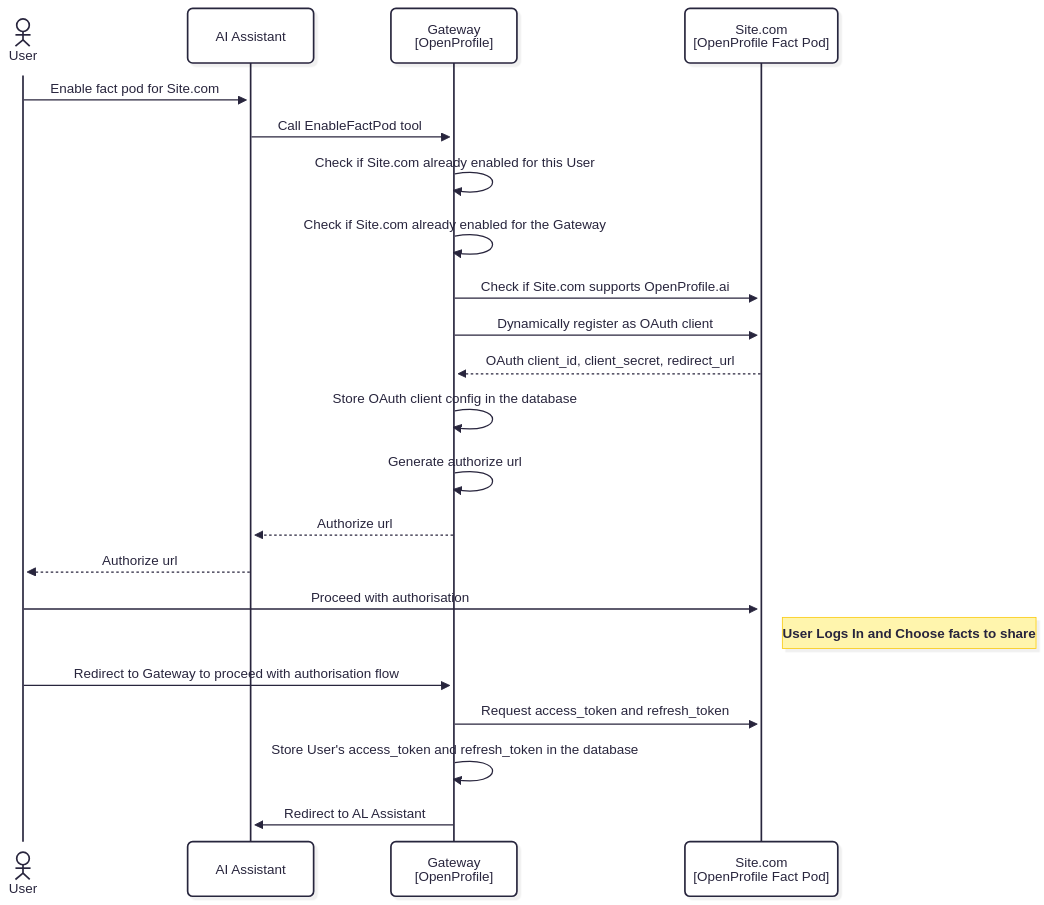
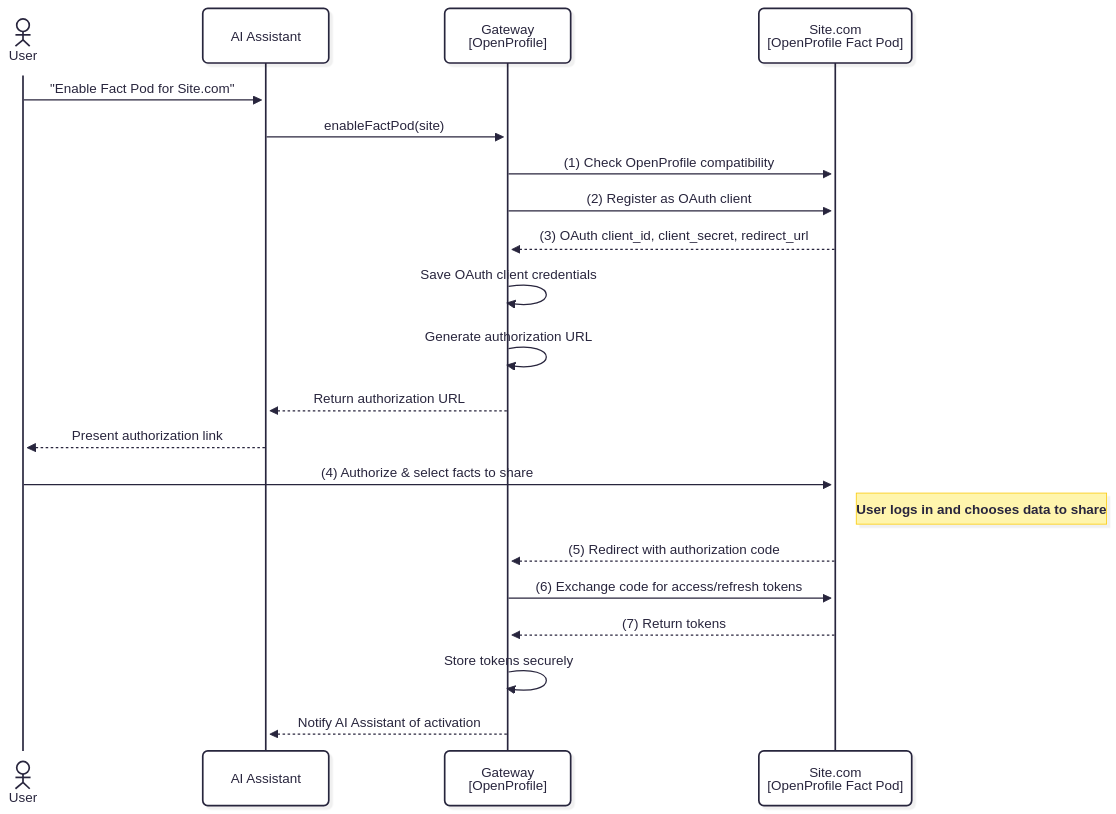
One commit to openprofile-ai/openprofile changed the diagram in assets/mermaid/enable-fact-pod-flow.mermaid. Above: the diagram before and after it, drawn with Mermaid. The commit also changed 6 other files, not shown here.

Commit message:
Added get facts flow;

```diff
--- a/assets/mermaid/enable-fact-pod-flow.mermaid
+++ b/assets/mermaid/enable-fact-pod-flow.mermaid
@@ -1,31 +1,41 @@
 ---
 config:
   look: neo
   theme: redux
 ---
 
 sequenceDiagram
     actor User
     participant LLM as AI Assistant
     participant Gateway as Gateway<br>[OpenProfile]
-    participant Site.com as Site.com<br>[OpenProfile Fact Pod]
+    participant FactPod as Site.com<br>[OpenProfile Fact Pod]
 
-    User->>LLM: Enable fact pod for Site.com
-    LLM->>Gateway: Call EnableFactPod tool
-    Gateway->>Gateway: Check if Site.com already enabled for this User
-    Gateway->>Gateway: Check if Site.com already enabled for the Gateway
-    Gateway->>Site.com: Check if Site.com supports OpenProfile.ai
-    Gateway->>Site.com: Dynamically register as OAuth client
-    Site.com-->>Gateway: OAuth client_id, client_secret, redirect_url
-    Gateway->>Gateway: Store OAuth client config in the database
-    Gateway->>Gateway: Generate authorize url
-    Gateway-->>LLM: Authorize url
-    LLM-->>User: Authorize url
-    User->>Site.com: Proceed with authorisation
+%% Step 1 — User requests enabling
+    User->>LLM: "Enable Fact Pod for Site.com"
 
-    Note right of Site.com: User Logs In and Choose facts to share
+%% Step 2 — LLM triggers enable process
+    LLM->>Gateway: enableFactPod(site)
 
-    User->>Gateway: Redirect to Gateway to proceed with authorisation flow
-    Gateway->>Site.com: Request access_token and refresh_token
-    Gateway->>Gateway: Store User's access_token and refresh_token in the database
-    Gateway->>LLM: Redirect to AL Assistant
+%% Step 3 — Gateway performs checks
+    Gateway->>FactPod: (1) Check OpenProfile compatibility
+    Gateway->>FactPod: (2) Register as OAuth client
+    FactPod-->>Gateway: (3) OAuth client_id, client_secret, redirect_url
+
+%% Step 4 — Store config & prepare authorization
+    Gateway->>Gateway: Save OAuth client credentials
+    Gateway->>Gateway: Generate authorization URL
+    Gateway-->>LLM: Return authorization URL
+    LLM-->>User: Present authorization link
+
+%% Step 5 — User authorization with Fact Pod
+    User->>FactPod: (4) Authorize & select facts to share
+    Note right of FactPod: User logs in and chooses data to share
+
+%% Step 6 — OAuth callback
+    FactPod-->>Gateway: (5) Redirect with authorization code
+    Gateway->>FactPod: (6) Exchange code for access/refresh tokens
+    FactPod-->>Gateway: (7) Return tokens
+    Gateway->>Gateway: Store tokens securely
+
+%% Step 7 — Completion
+    Gateway-->>LLM: Notify AI Assistant of activation
```
